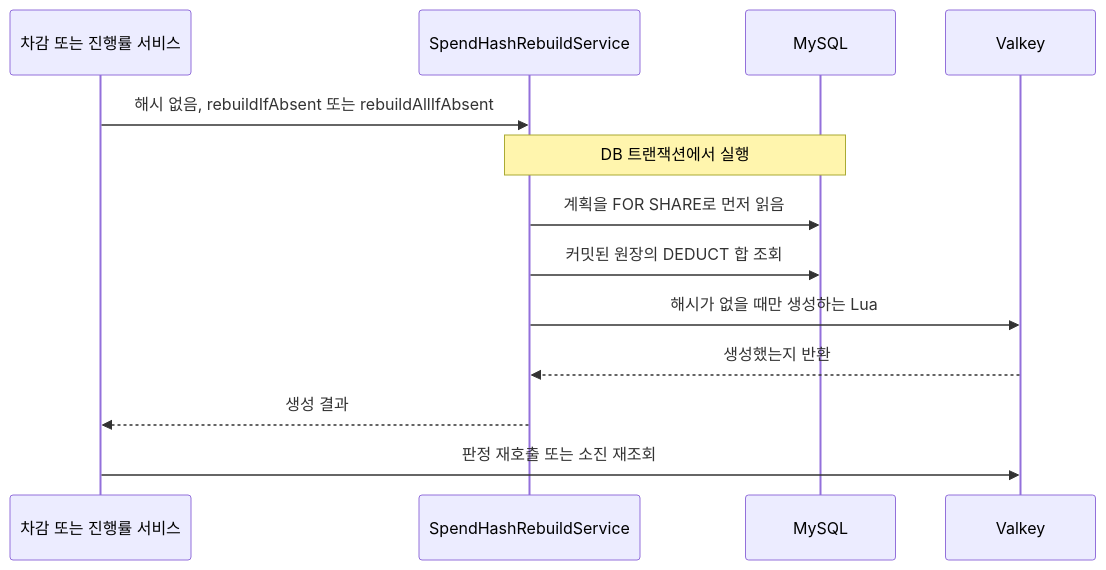
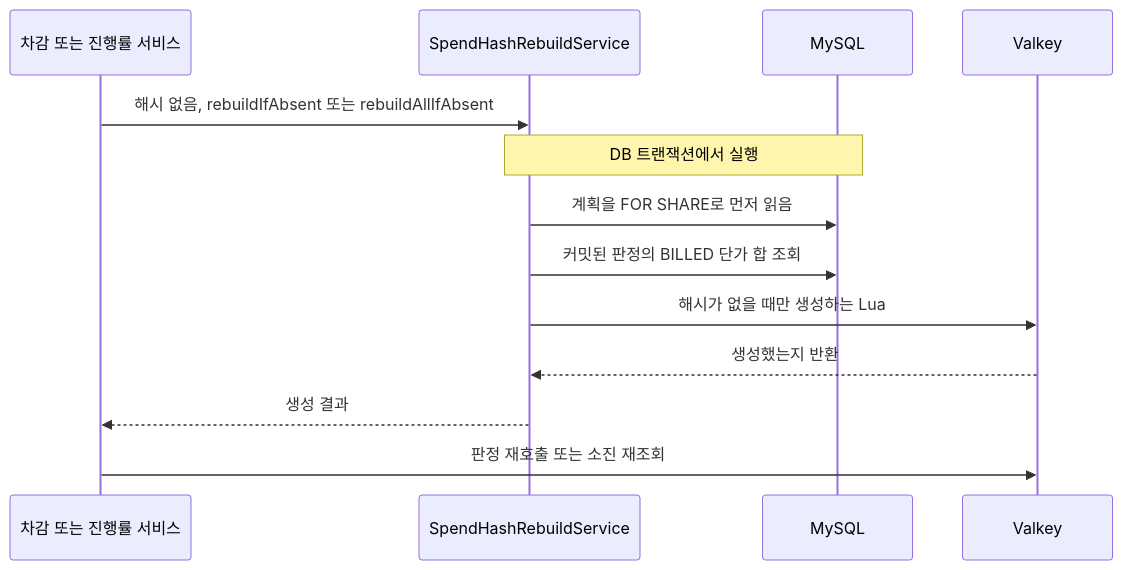
One commit to lunch-catch/lc-backend changed the fourth of 4 diagrams in docs/design/billing/billing_구조와_동작_설계.md. Above: the diagram before and after it, drawn with Mermaid. The commit also changed other lines of this file and 11 other files, not shown here.

````diff
--- a/docs/design/billing/billing_구조와_동작_설계.md
+++ b/docs/design/billing/billing_구조와_동작_설계.md
@@ -437,15 +454,15 @@
 ```mermaid
 sequenceDiagram
     participant B as 차감 또는 진행률 서비스
     participant S as SpendHashRebuildService
     participant D as MySQL
     participant R as Valkey
     B->>S: 해시 없음, rebuildIfAbsent 또는 rebuildAllIfAbsent
     Note over S,D: DB 트랜잭션에서 실행
     S->>D: 계획을 FOR SHARE로 먼저 읽음
-    S->>D: 커밋된 원장의 DEDUCT 합 조회
+    S->>D: 커밋된 판정의 BILLED 단가 합 조회
     S->>R: 해시가 없을 때만 생성하는 Lua
     R-->>S: 생성했는지 반환
     S-->>B: 생성 결과
     B->>R: 판정 재호출 또는 소진 재조회
 ```
````
